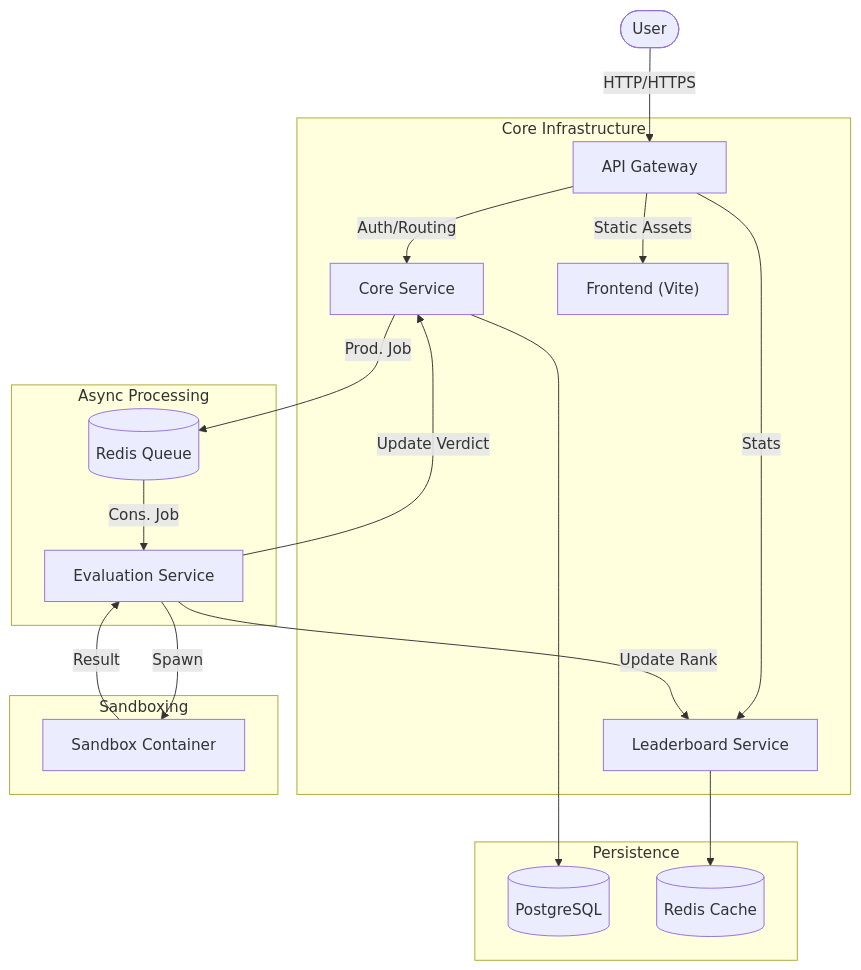
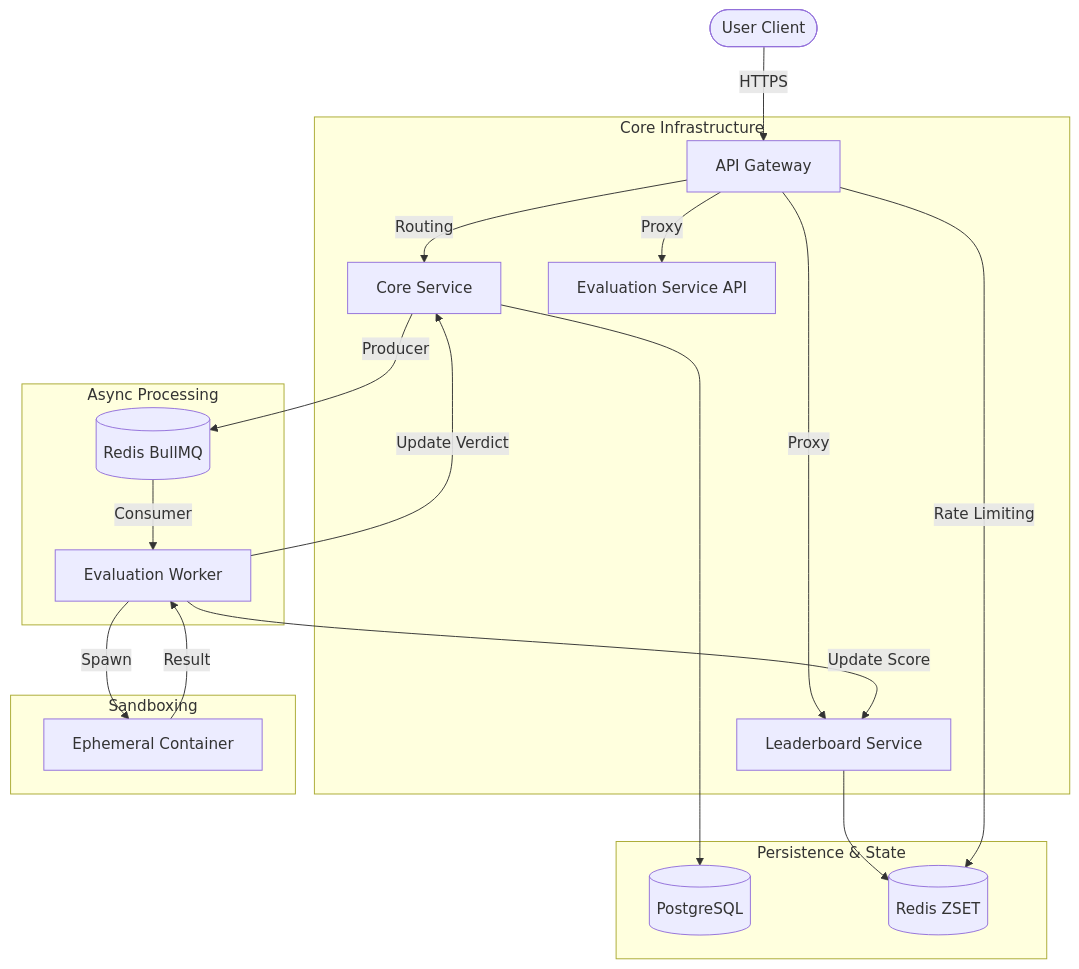
One commit to DevLikhith5/CodeWarzz changed the diagram in README.md. Above: the diagram before and after it, drawn with Mermaid. The commit also changed other lines of this file and 6 other files, not shown here.

````diff
--- a/README.md
+++ b/README.md
@@ -18,27 +16,28 @@
 ```mermaid
 graph TD
-    Client([User]) -->|HTTP/HTTPS| Gateway[API Gateway]
+    Client([User Client]) -->|HTTPS| Gateway[API Gateway]
     
     subgraph Core Infrastructure
-        Gateway -->|Auth/Routing| Core[Core Service]
-        Gateway -->|Stats| Leaderboard[Leaderboard Service]
-        Gateway -->|Static Assets| Web["Frontend (Vite)"]
+        Gateway -->|Routing| Core[Core Service]
+        Gateway -->|Proxy| Leaderboard[Leaderboard Service]
+        Gateway -->|Proxy| EvalAPI[Evaluation Service API]
     end
 
     subgraph Async Processing
-        Core -->|Prod. Job| Redis[(Redis Queue)]
-        Redis -->|Cons. Job| Eval[Evaluation Service]
-        Eval -->|Update Verdict| Core
-        Eval -->|Update Rank| Leaderboard
+        Core -->|Producer| RedisQueue[(Redis BullMQ)]
+        RedisQueue -->|Consumer| Worker[Evaluation Worker]
+        Worker -->|Update Verdict| Core
+        Worker -->|Update Score| Leaderboard
     end
 
     subgraph Sandboxing
-        Eval -->|Spawn| Docker[Sandbox Container]
-        Docker -->|Result| Eval
+        Worker -->|Spawn| Sandbox[Ephemeral Container]
+        Sandbox -->|Result| Worker
     end
 
-    subgraph Persistence
+    subgraph Persistence & State
         Core --> Postgres[(PostgreSQL)]
-        Leaderboard --> RedisCache[(Redis Cache)]
+        Leaderboard --> RedisCache[(Redis ZSET)]
+        Gateway -->|Rate Limiting| RedisCache
     end
 ```
````
